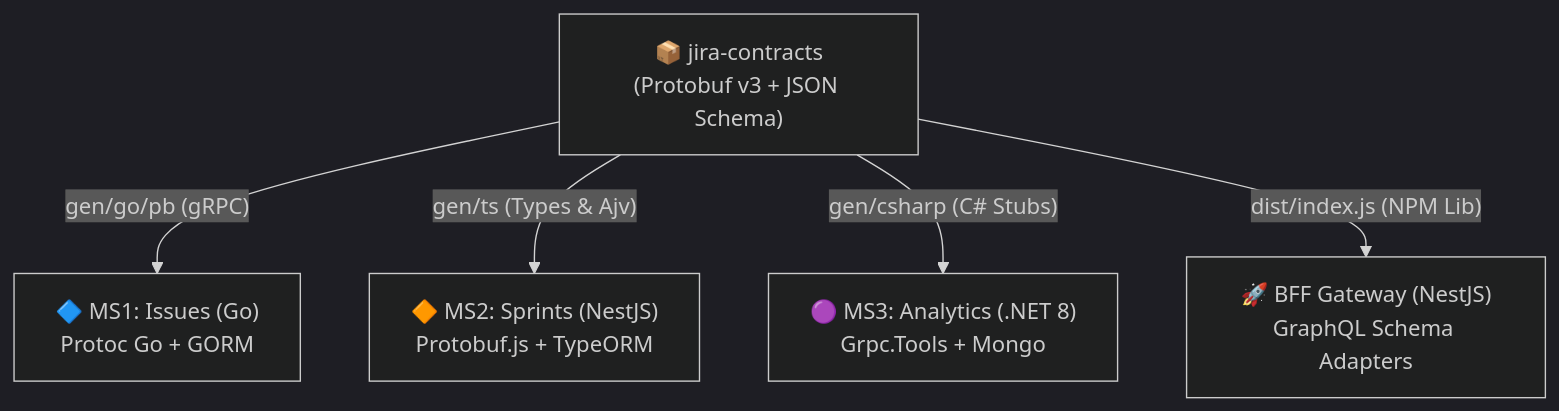
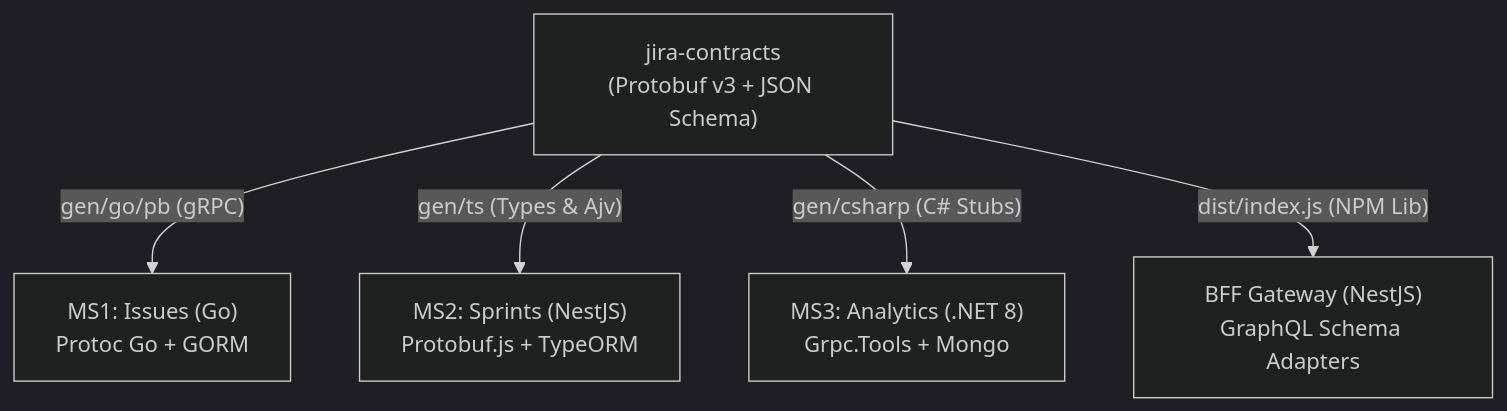
The diagram in README.md (ElMatsiii/jira-contracts), drawn with Mermaid (dark theme) before and after one commit. The commit also changed other lines of this file and 1 other file, not shown here.

````diff
--- a/README.md
+++ b/README.md
@@ -16,14 +15,14 @@
 ```mermaid
 flowchart TD
-    JC["📦 jira-contracts\n(Protobuf v3 + JSON Schema)"]
+    JC["jira-contracts\n(Protobuf v3 + JSON Schema)"]
     
-    GO["🔷 MS1: Issues (Go)\nProtoc Go + GORM"]
-    TS["🔶 MS2: Sprints (NestJS)\nProtobuf.js + TypeORM"]
-    NET["🟣 MS3: Analytics (.NET 8)\nGrpc.Tools + Mongo"]
-    BFF["🚀 BFF Gateway (NestJS)\nGraphQL Schema Adapters"]
+    GO["MS1: Issues (Go)\nProtoc Go + GORM"]
+    TS["MS2: Sprints (NestJS)\nProtobuf.js + TypeORM"]
+    NET["MS3: Analytics (.NET 8)\nGrpc.Tools + Mongo"]
+    BFF["BFF Gateway (NestJS)\nGraphQL Schema Adapters"]
 
     JC -->|"gen/go/pb (gRPC)"| GO
     JC -->|"gen/ts (Types & Ajv)"| TS
     JC -->|"gen/csharp (C# Stubs)"| NET
     JC -->|"dist/index.js (NPM Lib)"| BFF
 ```
````
